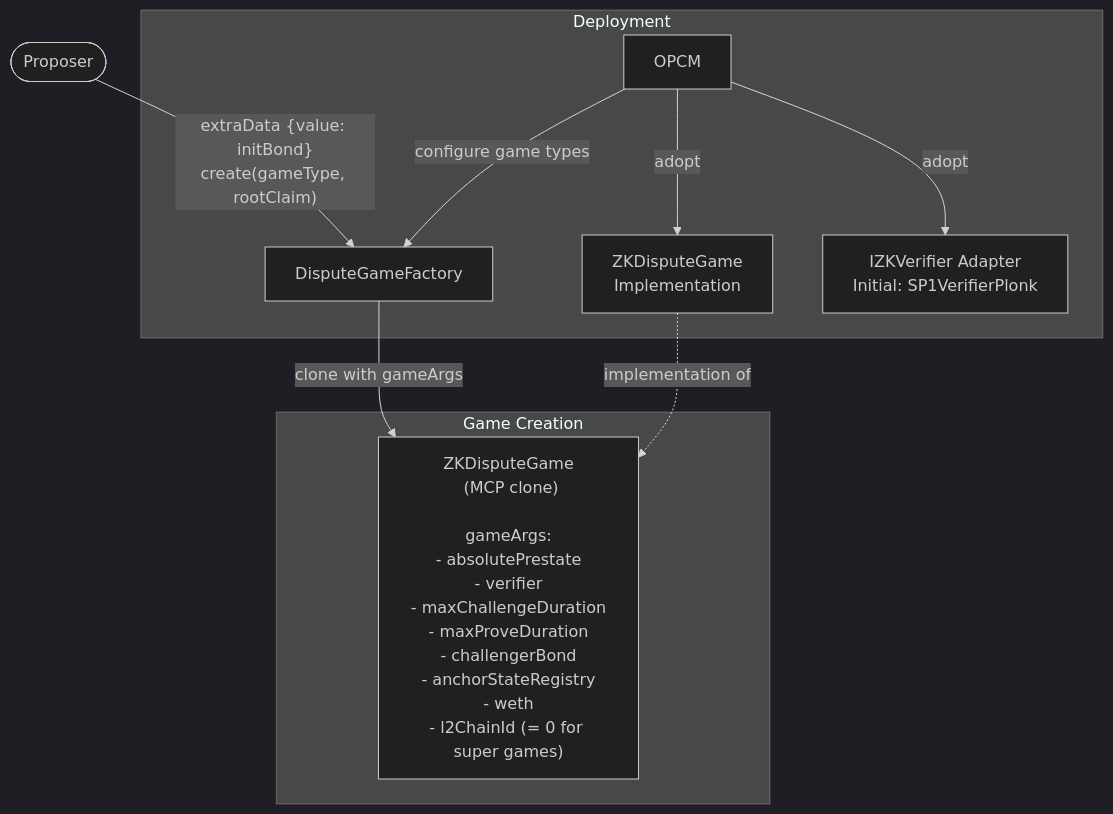
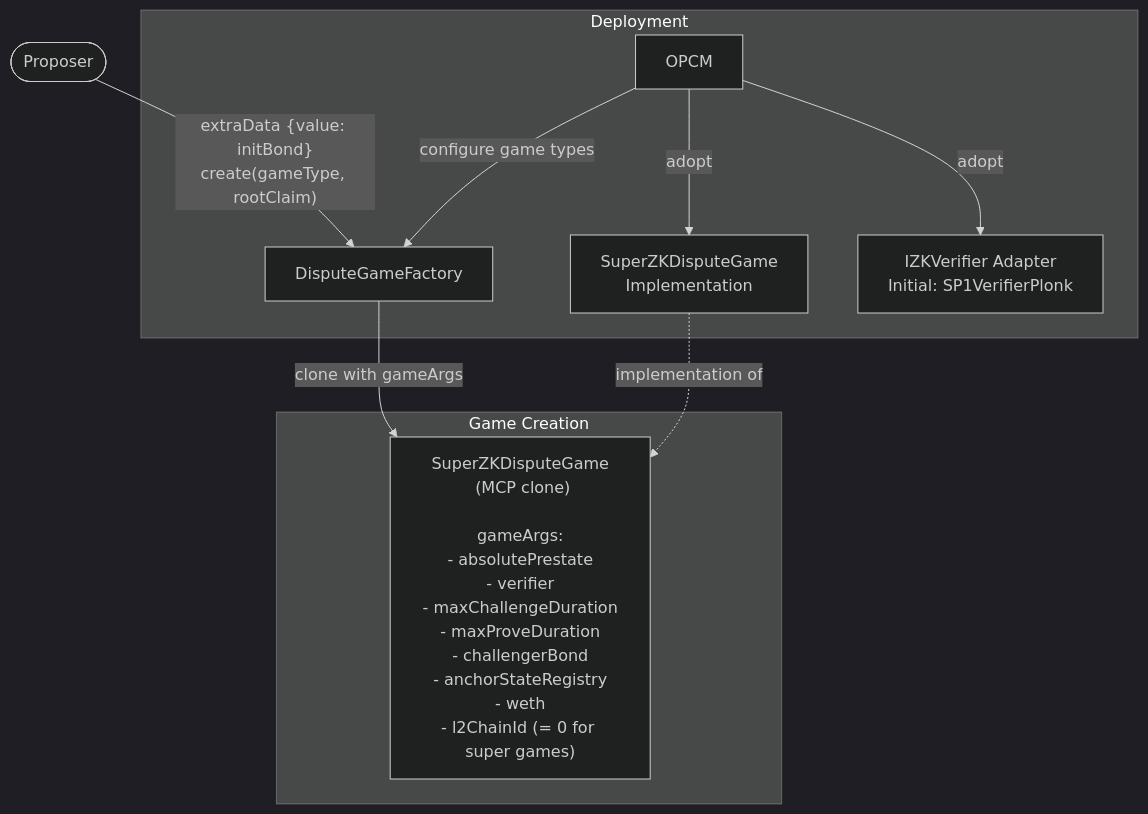
Before and after one commit to ethereum-optimism/design-docs: the first of 4 diagrams in protocol/proofs/super-zk-dispute-game.md, drawn with Mermaid (dark theme). The commit also changed other lines of this file, not shown here.

````diff
--- a/protocol/proofs/super-zk-dispute-game.md
+++ b/protocol/proofs/super-zk-dispute-game.md
@@ -58,23 +58,23 @@
 ```mermaid
 graph TB
     subgraph Deployment
         OPCM[OPCM]
-        ZKImpl[ZKDisputeGame<br/>Implementation]
+        ZKImpl[SuperZKDisputeGame<br/>Implementation]
         DGF[DisputeGameFactory]
         Verifier[IZKVerifier Adapter<br/>Initial: SP1VerifierPlonk]
         
         OPCM -->|adopt| ZKImpl
         OPCM -->|"configure game types"| DGF
         OPCM -->|adopt| Verifier
     end
     
     subgraph Game Creation
-        ZKClone["ZKDisputeGame<br/> (MCP clone)<br/><br/>gameArgs:<br/>- absolutePrestate<br/>- verifier<br/>- maxChallengeDuration<br/>- maxProveDuration<br/>- challengerBond<br/>- anchorStateRegistry<br/>- weth<br/>- l2ChainId (= 0 for super games)"]
+        ZKClone["SuperZKDisputeGame<br/> (MCP clone)<br/><br/>gameArgs:<br/>- absolutePrestate<br/>- verifier<br/>- maxChallengeDuration<br/>- maxProveDuration<br/>- challengerBond<br/>- anchorStateRegistry<br/>- weth<br/>- l2ChainId (= 0 for super games)"]
         
         ZKImpl -.->|implementation of| ZKClone
         DGF -->|clone with gameArgs| ZKClone
     end
     
     Proposer([Proposer])
     Proposer -->|"extraData {value: initBond}<br/>create(gameType, rootClaim)"| DGF
 ```
````
